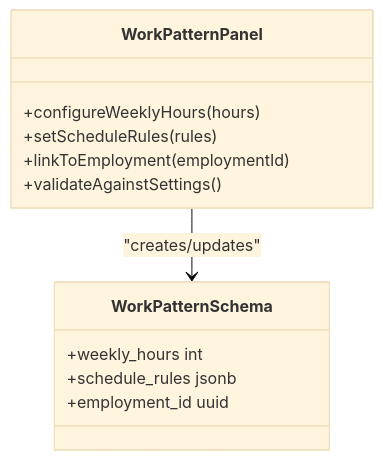
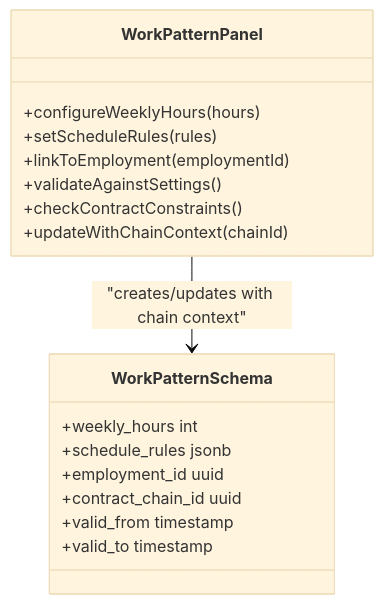
The seventh of 11 diagrams in .qoder/repowiki/en/content/Core HR Module/Employment Lifecycle.md (EdwinCycling/LiquidHR), drawn with Mermaid (base theme) before and after one commit. The commit also changed other lines of this file and 73 other files, not shown here.

````diff
--- a/.qoder/repowiki/en/content/Core HR Module/Employment Lifecycle.md
+++ b/.qoder/repowiki/en/content/Core HR Module/Employment Lifecycle.md
@@ -342,15 +429,20 @@
 ```mermaid
 classDiagram
 class WorkPatternPanel {
 +configureWeeklyHours(hours)
 +setScheduleRules(rules)
 +linkToEmployment(employmentId)
 +validateAgainstSettings()
++checkContractConstraints()
++updateWithChainContext(chainId)
 }
 class WorkPatternSchema {
 +weekly_hours int
 +schedule_rules jsonb
 +employment_id uuid
++contract_chain_id uuid
++valid_from timestamp
++valid_to timestamp
 }
-WorkPatternPanel --> WorkPatternSchema : "creates/updates"
+WorkPatternPanel --> WorkPatternSchema : "creates/updates with chain context"
 ```
````
